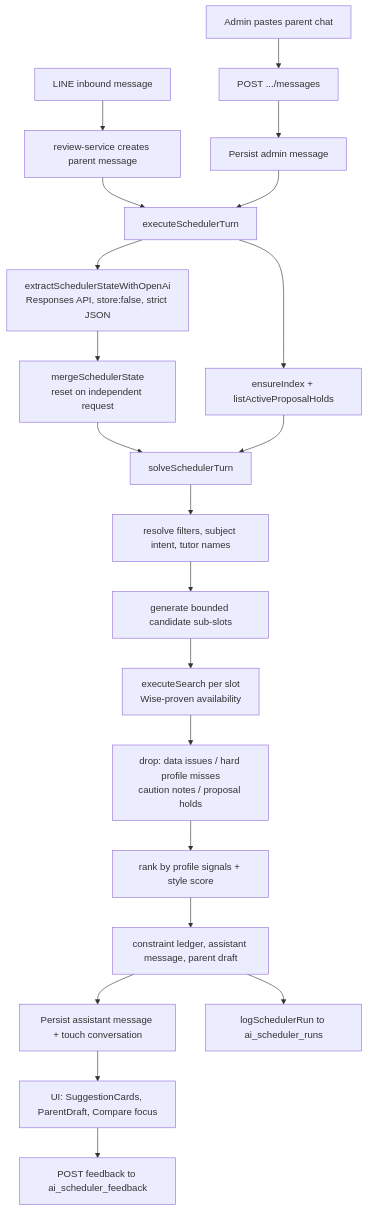
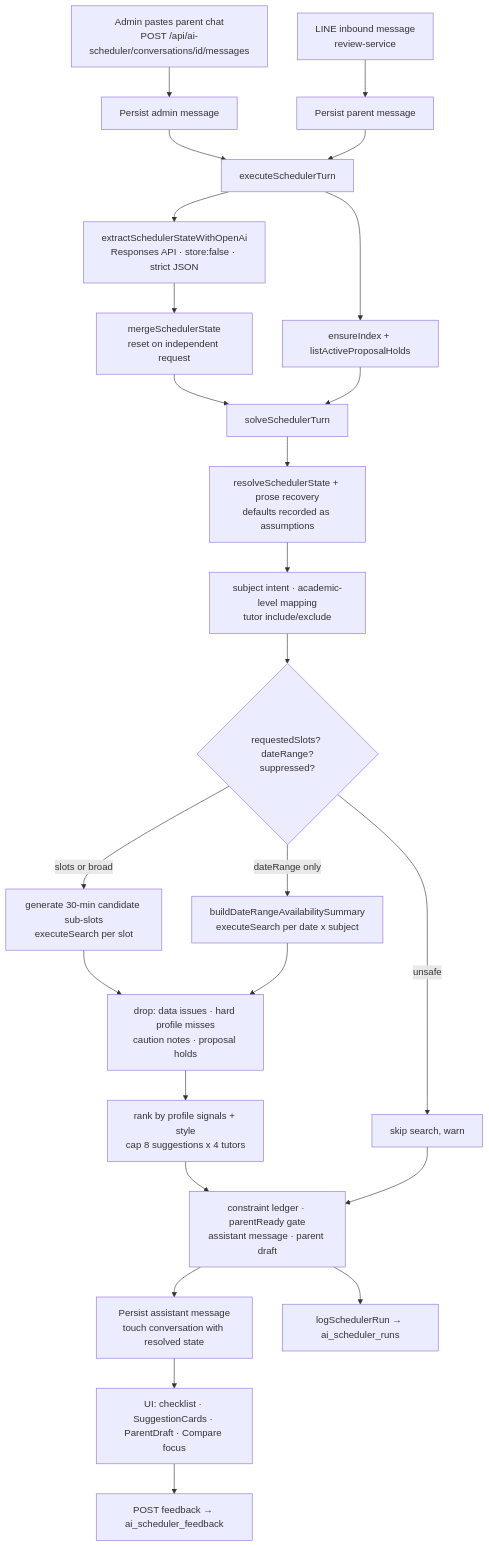
One commit to kasheesh711/bgscheduler changed the diagram in docs/features/ai-scheduler.md. Above: the diagram before and after it, drawn with Mermaid. The commit also changed other lines of this file and 95 other files, not shown here.

````diff
--- a/docs/features/ai-scheduler.md
+++ b/docs/features/ai-scheduler.md
@@ -74,23 +82,27 @@
 ```mermaid
 flowchart TD
-  A[Admin pastes parent chat] --> B[POST .../messages]
-  L[LINE inbound message] --> B2[review-service creates parent message]
-  B --> C[Persist admin message]
-  B2 --> D
+  A[Admin pastes parent chat<br/>POST /api/ai-scheduler/conversations/id/messages] --> C[Persist admin message]
+  L[LINE inbound message<br/>review-service] --> C2[Persist parent message]
   C --> D[executeSchedulerTurn]
+  C2 --> D
   D --> E[ensureIndex + listActiveProposalHolds]
-  D --> F[extractSchedulerStateWithOpenAi<br/>Responses API, store:false, strict JSON]
+  D --> F[extractSchedulerStateWithOpenAi<br/>Responses API · store:false · strict JSON]
   F --> G[mergeSchedulerState<br/>reset on independent request]
   G --> H[solveSchedulerTurn]
   E --> H
-  H --> I[resolve filters, subject intent, tutor names]
-  I --> J[generate bounded candidate sub-slots]
-  J --> K[executeSearch per slot<br/>Wise-proven availability]
-  K --> M[drop: data issues / hard profile misses<br/>caution notes / proposal holds]
-  M --> N[rank by profile signals + style score]
-  N --> O[constraint ledger, assistant message, parent draft]
-  O --> P[Persist assistant message + touch conversation]
-  O --> Q[logSchedulerRun to ai_scheduler_runs]
-  P --> R[UI: SuggestionCards, ParentDraft, Compare focus]
-  R --> S[POST feedback to ai_scheduler_feedback]
+  H --> I[resolveSchedulerState + prose recovery<br/>defaults recorded as assumptions]
+  I --> J[subject intent · academic-level mapping<br/>tutor include/exclude]
+  J --> K{requestedSlots? dateRange?<br/>suppressed?}
+  K -->|slots or broad| M[generate 30-min candidate sub-slots<br/>executeSearch per slot]
+  K -->|dateRange only| N[buildDateRangeAvailabilitySummary<br/>executeSearch per date x subject]
+  K -->|unsafe| O[skip search, warn]
+  M --> P[drop: data issues · hard profile misses<br/>caution notes · proposal holds]
+  N --> P
+  P --> Q[rank by profile signals + style<br/>cap 8 suggestions x 4 tutors]
+  Q --> R[constraint ledger · parentReady gate<br/>assistant message · parent draft]
+  O --> R
+  R --> S[Persist assistant message<br/>touch conversation with resolved state]
+  R --> T[logSchedulerRun → ai_scheduler_runs]
+  S --> U[UI: checklist · SuggestionCards · ParentDraft · Compare focus]
+  U --> V[POST feedback → ai_scheduler_feedback]
 ```
````
